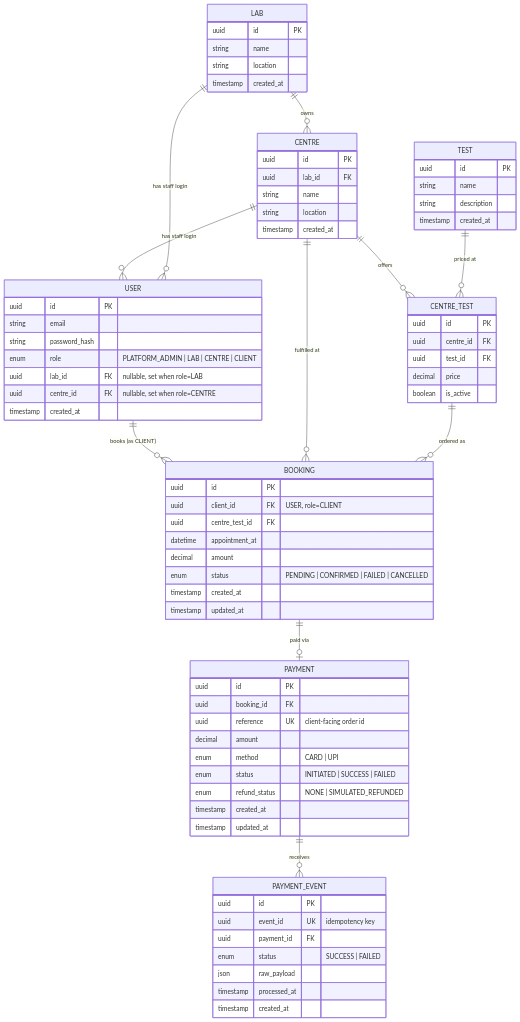
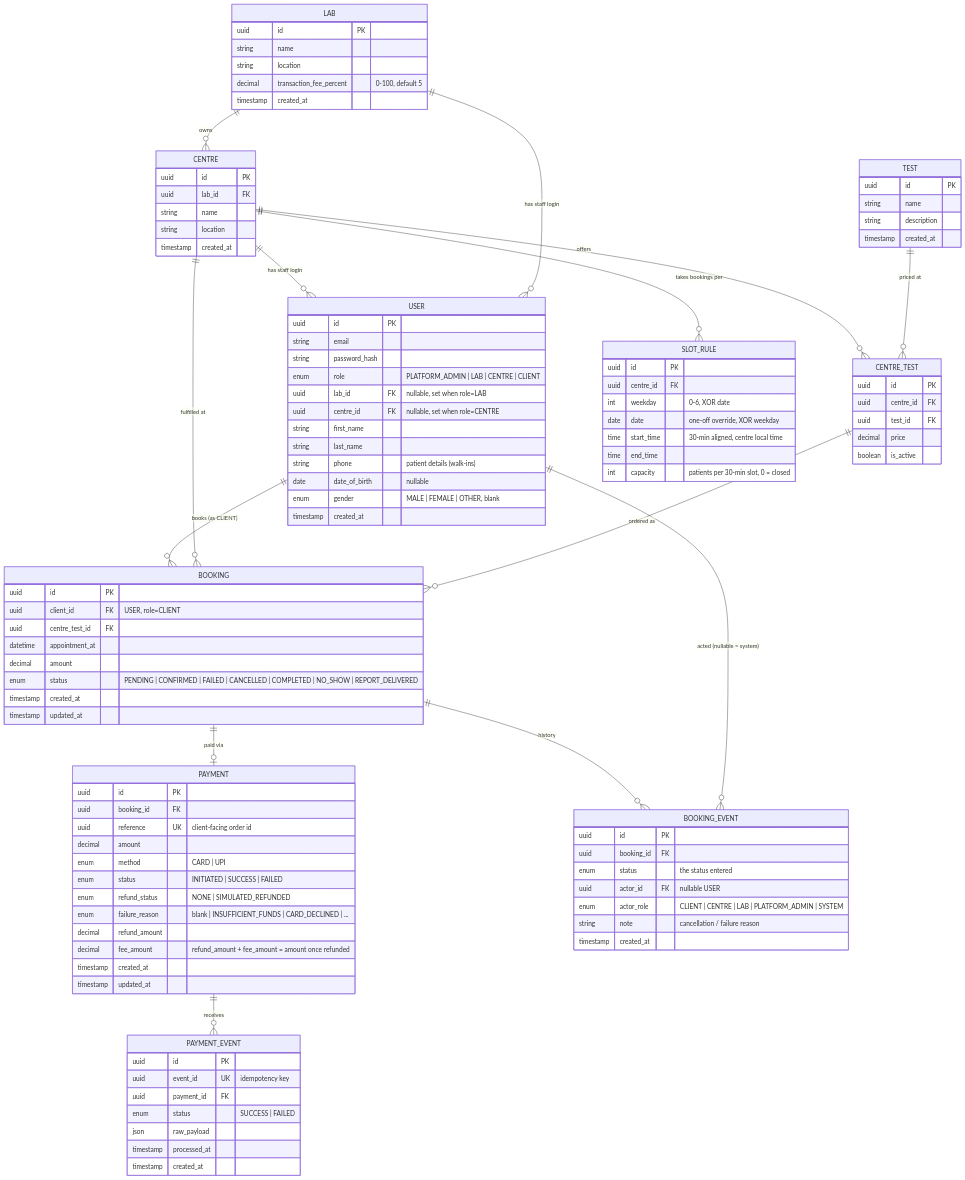
The diagram in docs/ER_DIAGRAM.md (Satyamkumarjha4/EVE_Lab_Booking), drawn with Mermaid before and after one commit. The commit also changed other lines of this file and 13 other files, not shown here.

```diff
--- a/docs/ER_DIAGRAM.md
+++ b/docs/ER_DIAGRAM.md
@@ -13,12 +13,16 @@
     CENTRE ||--o{ BOOKING : "fulfilled at"
     CENTRE_TEST ||--o{ BOOKING : "ordered as"
     BOOKING ||--o| PAYMENT : "paid via"
+    BOOKING ||--o{ BOOKING_EVENT : "history"
+    USER ||--o{ BOOKING_EVENT : "acted (nullable = system)"
     PAYMENT ||--o{ PAYMENT_EVENT : "receives"
+    CENTRE ||--o{ SLOT_RULE : "takes bookings per"
 
     LAB {
         uuid id PK
         string name
         string location
+        decimal transaction_fee_percent "0-100, default 5"
         timestamp created_at
     }
 
@@ -52,6 +56,11 @@
         enum role "PLATFORM_ADMIN | LAB | CENTRE | CLIENT"
         uuid lab_id FK "nullable, set when role=LAB"
         uuid centre_id FK "nullable, set when role=CENTRE"
+        string first_name
+        string last_name
+        string phone "patient details (walk-ins)"
+        date date_of_birth "nullable"
+        enum gender "MALE | FEMALE | OTHER, blank"
         timestamp created_at
     }
 
@@ -61,9 +70,29 @@
         uuid centre_test_id FK
         datetime appointment_at
         decimal amount
-        enum status "PENDING | CONFIRMED | FAILED | CANCELLED"
+        enum status "PENDING | CONFIRMED | FAILED | CANCELLED | COMPLETED | NO_SHOW | REPORT_DELIVERED"
         timestamp created_at
         timestamp updated_at
+    }
+
+    BOOKING_EVENT {
+        uuid id PK
+        uuid booking_id FK
+        enum status "the status entered"
+        uuid actor_id FK "nullable USER"
+        enum actor_role "CLIENT | CENTRE | LAB | PLATFORM_ADMIN | SYSTEM"
+        string note "cancellation / failure reason"
+        timestamp created_at
+    }
+
+    SLOT_RULE {
+        uuid id PK
+        uuid centre_id FK
+        int weekday "0-6, XOR date"
+        date date "one-off override, XOR weekday"
+        time start_time "30-min aligned, centre local time"
+        time end_time
+        int capacity "patients per 30-min slot, 0 = closed"
     }
 
     PAYMENT {
@@ -74,6 +103,9 @@
         enum method "CARD | UPI"
         enum status "INITIATED | SUCCESS | FAILED"
         enum refund_status "NONE | SIMULATED_REFUNDED"
+        enum failure_reason "blank | INSUFFICIENT_FUNDS | CARD_DECLINED | ..."
+        decimal refund_amount
+        decimal fee_amount "refund_amount + fee_amount = amount once refunded"
         timestamp created_at
         timestamp updated_at
     }
```
